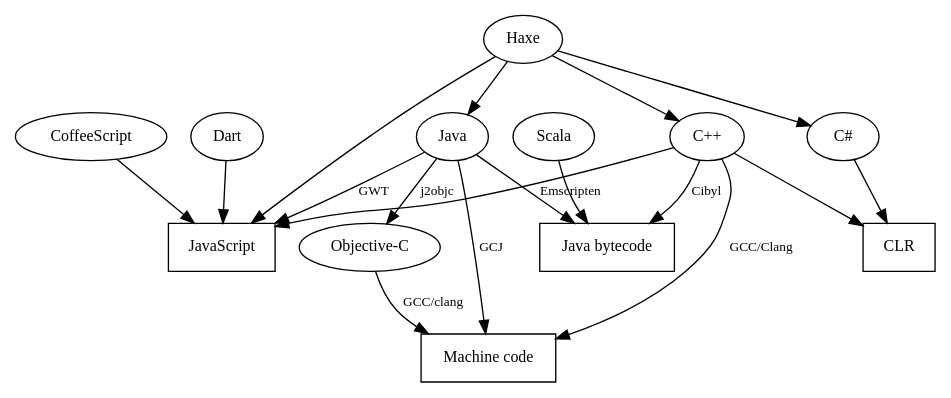
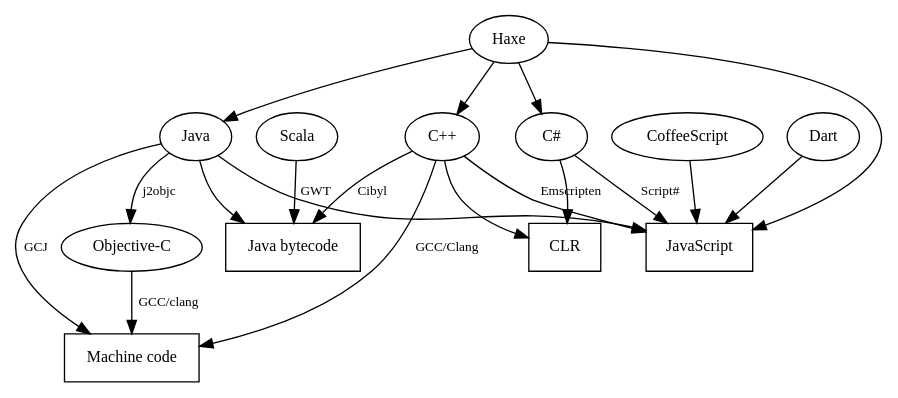
Before and after one commit to vilcans/transcompilation: the diagram in graph.dot, drawn with Graphviz.

Commit message:
Added Script#.
Closes #1

```diff
--- a/graph.dot
+++ b/graph.dot
@@ -1,27 +1,28 @@
 digraph Transcompilation {
     edge [fontsize=10];
     node [fontsize=12];
 
     "Java" -> "Java bytecode"
     "Scala" -> "Java bytecode"
     "Java" -> "Machine code" [label="GCJ"]
     "Java" -> "Objective-C" [label="j2objc"]
     "Java" -> "JavaScript" [label="GWT"]
     "C++" -> "Machine code" [label="GCC/Clang"]
     "C++" -> "JavaScript" [label="Emscripten"]
     "C++" -> "Java bytecode" [label="Cibyl"]
     "Objective-C" -> "Machine code" [label="GCC/clang"]
     "CoffeeScript" -> "JavaScript"
     "Dart" -> "JavaScript"
     "Haxe" -> "JavaScript"
     "Haxe" -> "C++"
     "Haxe" -> "Java"
     "Haxe" -> "C#"
     "C#" -> "CLR"
     "C++" -> "CLR"
+    "C#" -> "JavaScript" [label="Script#"]
 
     "Java bytecode" [shape="box"]
     "Machine code" [shape="box"]
     "JavaScript" [shape="box"]
     "CLR" [shape="box"]
 }
```
